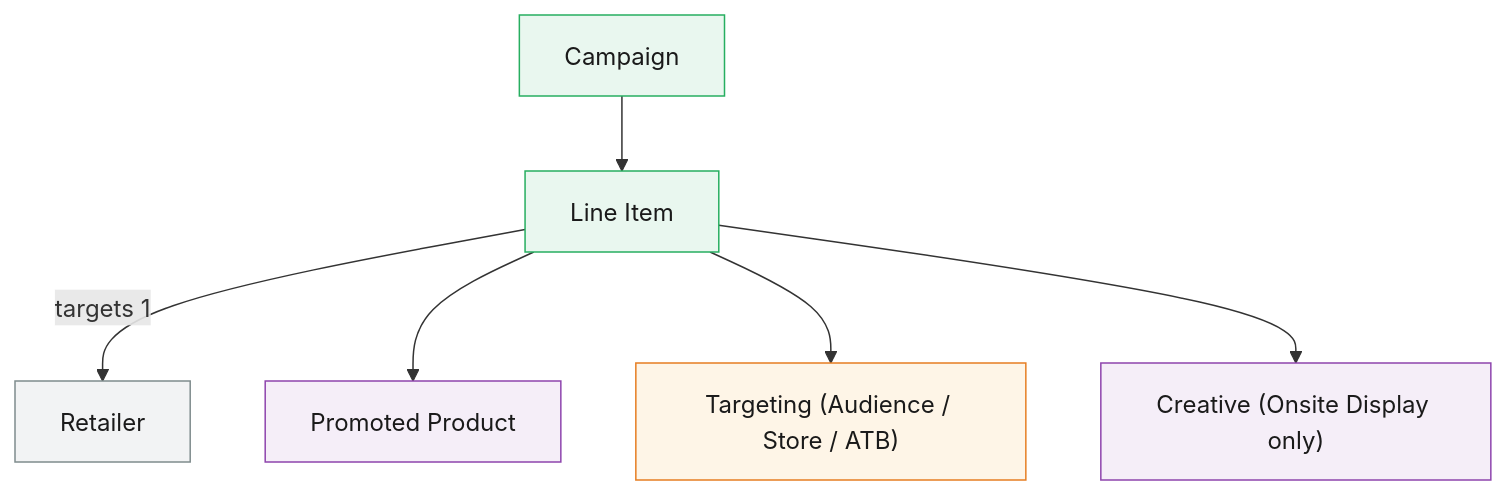
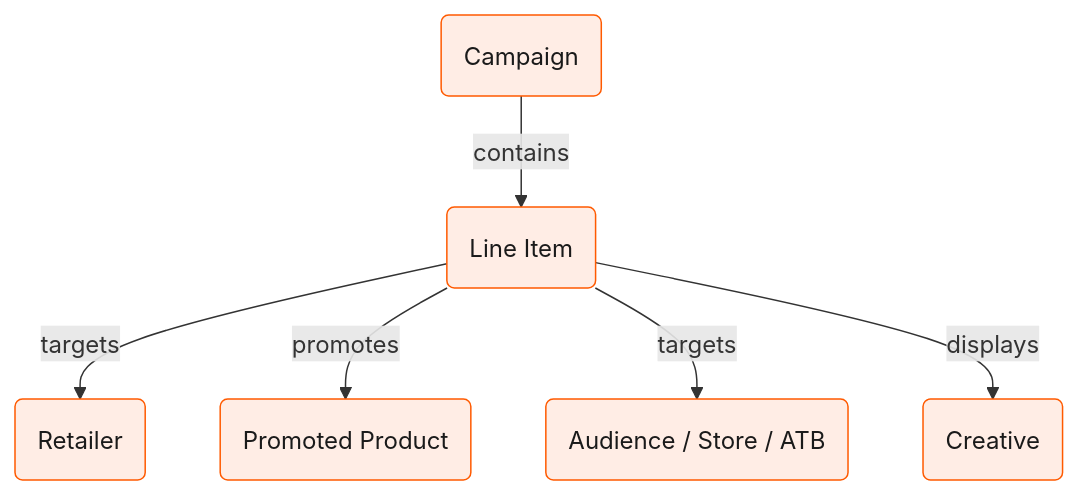
Before and after one commit to criteo/public-api-doc: the diagram in retail-media/docs/line-items.mdx, drawn with Mermaid. The commit also changed 2 other files, not shown here.

Commit message:
Uniformize Mermaid diagrams: Criteo orange, rounded nodes, verb labels

````diff
--- a/retail-media/docs/line-items.mdx
+++ b/retail-media/docs/line-items.mdx
@@ -8,18 +8,17 @@
 ```mermaid
 graph TD
-    Campaign --> LI["Line Item"]
-    LI -->|"targets 1"| Retailer
-    LI --> PP["Promoted Product"]
-    LI --> Targeting["Targeting (Audience / Store / ATB)"]
-    LI --> Creative["Creative (Onsite Display only)"]
+    Campaign(Campaign)
+    LI(Line Item)
+    Retailer(Retailer)
+    PP(Promoted Product)
+    Targeting("Audience / Store / ATB")
+    Creative(Creative)
 
-    classDef campaign fill:#E9F7EF,stroke:#27AE60,color:#1a1a1a
-    classDef content fill:#F5EEF8,stroke:#8E44AD,color:#1a1a1a
-    classDef targeting fill:#FEF5E7,stroke:#E67E22,color:#1a1a1a
-    classDef external fill:#F2F3F4,stroke:#7F8C8D,color:#1a1a1a
+    Campaign -->|"contains"| LI
+    LI -->|"targets"| Retailer
+    LI -->|"promotes"| PP
+    LI -->|"targets"| Targeting
+    LI -->|"displays"| Creative
 
-    class Campaign,LI campaign
-    class PP,Creative content
-    class Targeting targeting
-    class Retailer external
+    classDef default fill:#FFEDE5,stroke:#FF5A00,color:#1a1a1a
 ```
````
